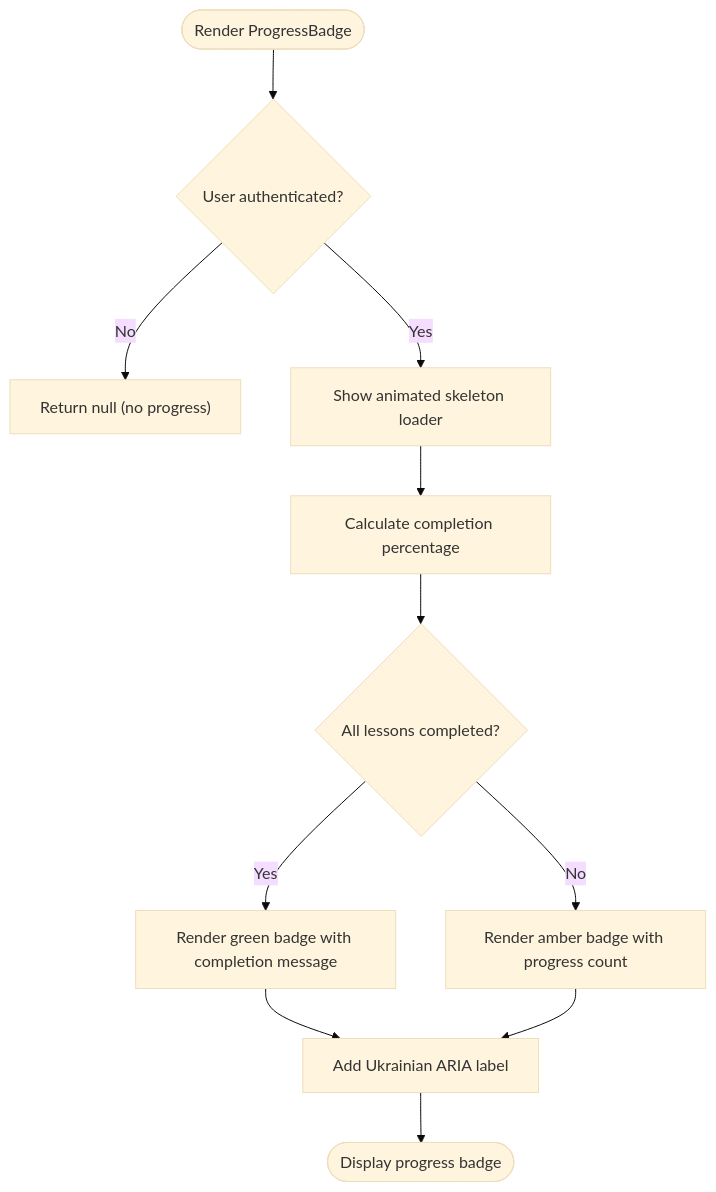
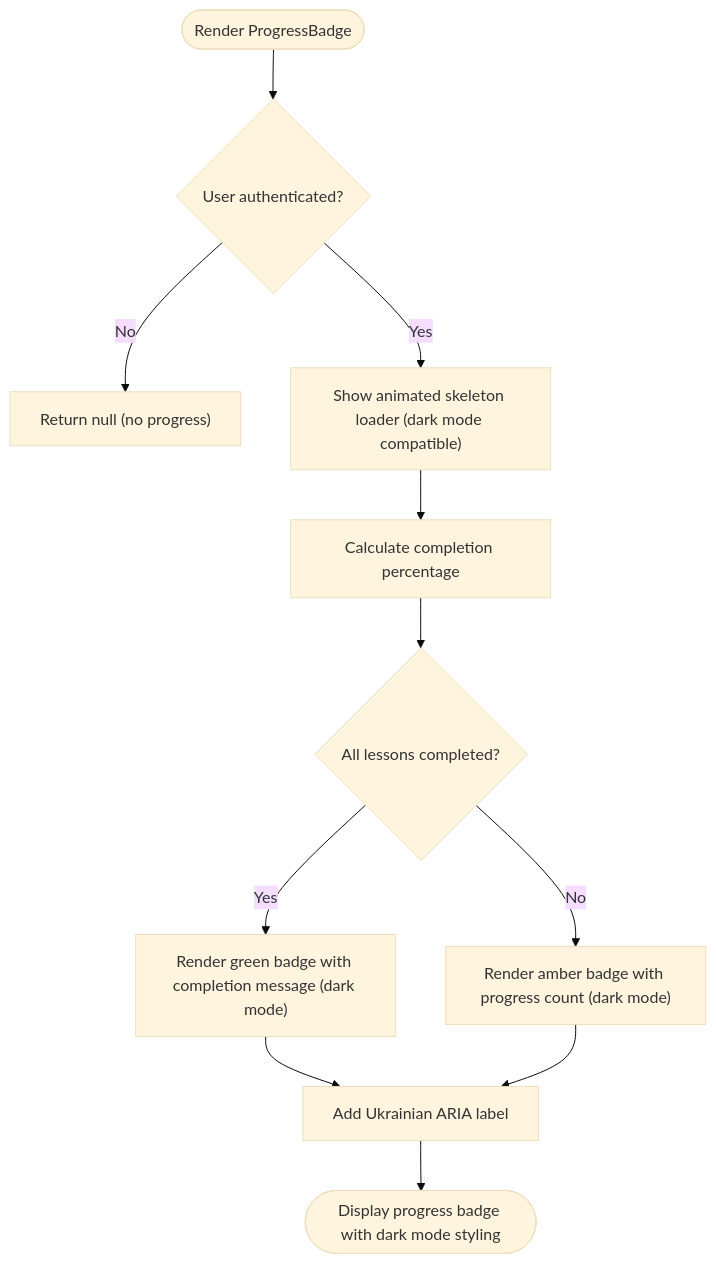
Before and after one commit to AlexKutz/math-app-next-js: the sixth of 12 diagrams in .qoder/repowiki/en/content/Core Features/Learning Interface/Learning Interface.md, drawn with Mermaid (base theme). The commit also changed other lines of this file and 125 other files, not shown here.

````diff
--- a/.qoder/repowiki/en/content/Core Features/Learning Interface/Learning Interface.md
+++ b/.qoder/repowiki/en/content/Core Features/Learning Interface/Learning Interface.md
@@ -326,13 +383,13 @@
 ```mermaid
 flowchart TD
 Start(["Render ProgressBadge"]) --> CheckSession{"User authenticated?"}
 CheckSession --> |No| Null["Return null (no progress)"]
-CheckSession --> |Yes| Loading["Show animated skeleton loader"]
+CheckSession --> |Yes| Loading["Show animated skeleton loader (dark mode compatible)"]
 Loading --> CalcProgress["Calculate completion percentage"]
 CalcProgress --> CheckComplete{"All lessons completed?"}
-CheckComplete --> |Yes| GreenBadge["Render green badge with completion message"]
-CheckComplete --> |No| AmberBadge["Render amber badge with progress count"]
+CheckComplete --> |Yes| GreenBadge["Render green badge with completion message (dark mode)"]
+CheckComplete --> |No| AmberBadge["Render amber badge with progress count (dark mode)"]
 GreenBadge --> Aria["Add Ukrainian ARIA label"]
 AmberBadge --> Aria
-Aria --> End(["Display progress badge"])
+Aria --> End(["Display progress badge with dark mode styling"])
 ```
````
